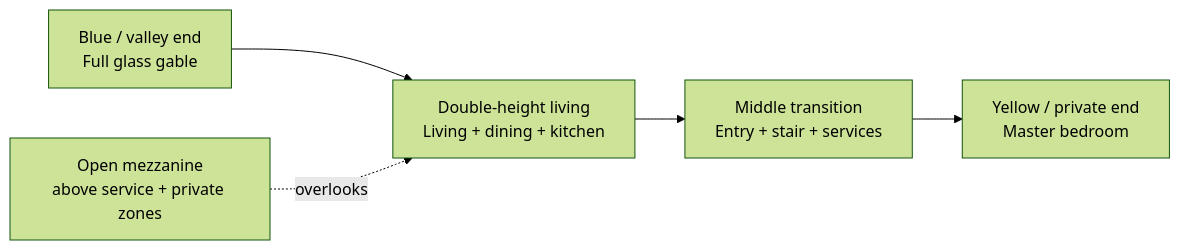
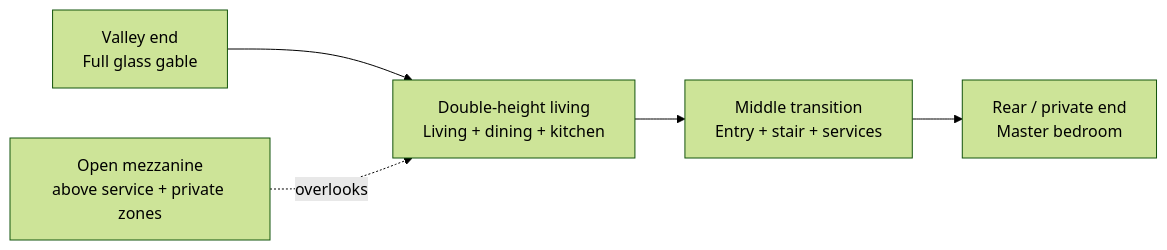
Before and after one commit to DenisCarriere/schorisse-build: the diagram in docs/ARCHITECTURAL-CONCEPT.md, drawn with Mermaid (forest theme). The commit also changed 38 other files, not shown here.

````diff
--- a/docs/ARCHITECTURAL-CONCEPT.md
+++ b/docs/ARCHITECTURAL-CONCEPT.md
@@ -69,7 +69,7 @@
 ```mermaid
 flowchart LR
-    A[Blue / valley end<br/>Full glass gable] --> B[Double-height living<br/>Living + dining + kitchen]
+    A[Valley end<br/>Full glass gable] --> B[Double-height living<br/>Living + dining + kitchen]
     B --> C[Middle transition<br/>Entry + stair + services]
-    C --> D[Yellow / private end<br/>Master bedroom]
+    C --> D[Rear / private end<br/>Master bedroom]
     E[Open mezzanine<br/>above service + private zones] -. overlooks .-> B
 ```
````
